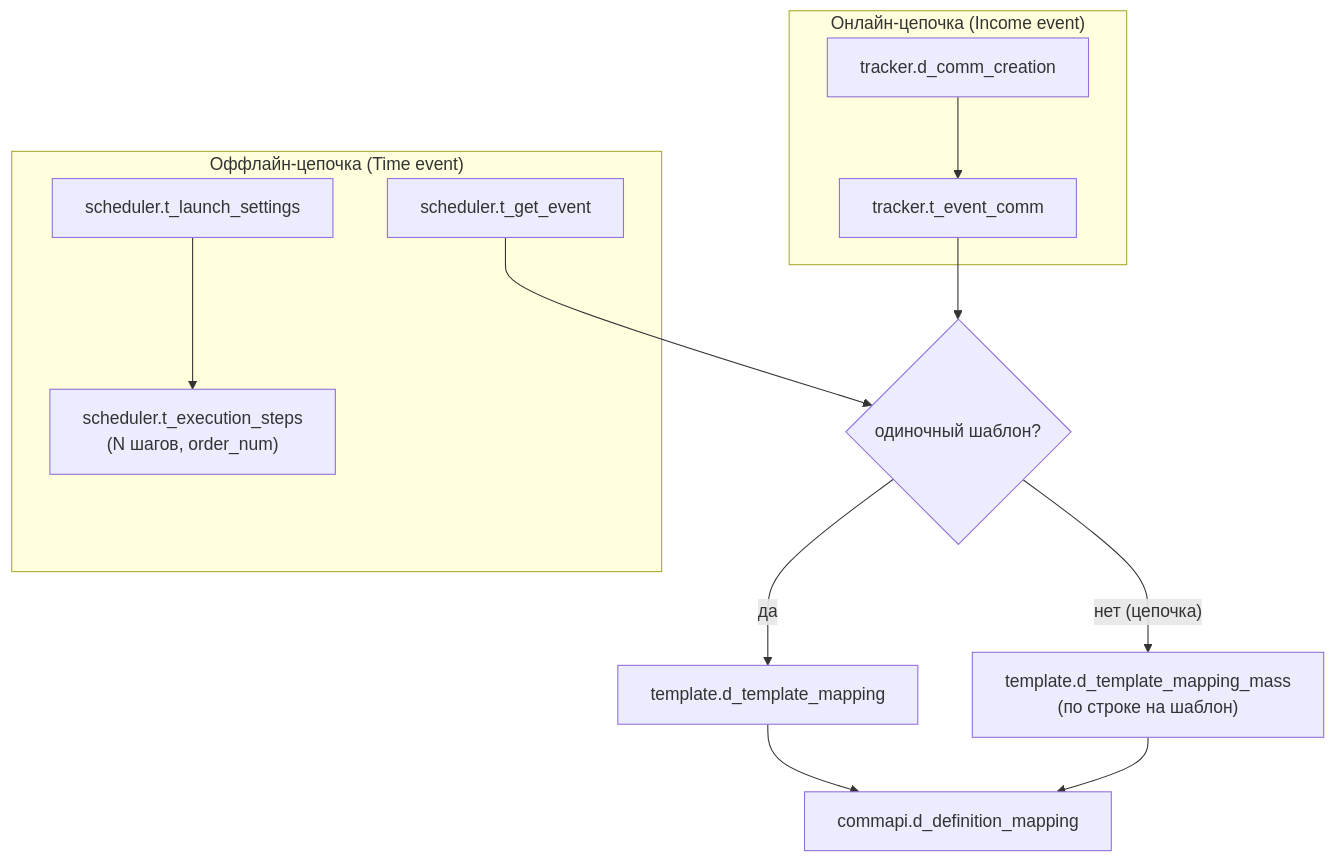
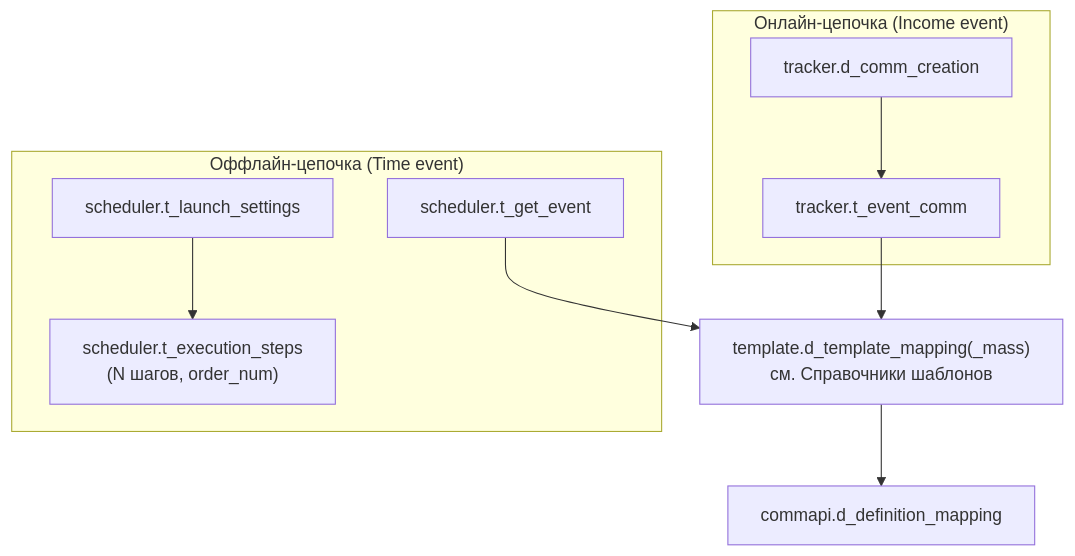
The diagram in crm-admin/docs/Database/Слой B (процессные таблицы).md (AlexRaisky/crm.banki.ru), drawn with Mermaid before and after one commit. The commit also changed other lines of this file and 27 other files, not shown here.

````diff
--- a/crm-admin/docs/Database/Слой B (процессные таблицы).md
+++ b/crm-admin/docs/Database/Слой B (процессные таблицы).md
@@ -18,16 +21,13 @@
 ```mermaid
 flowchart TD
     subgraph online["Онлайн-цепочка (Income event)"]
         DCC[tracker.d_comm_creation] --> TEC[tracker.t_event_comm]
     end
     subgraph offline["Оффлайн-цепочка (Time event)"]
         TGE[scheduler.t_get_event]
         TLS[scheduler.t_launch_settings] --> TES["scheduler.t_execution_steps<br/>(N шагов, order_num)"]
     end
-    TEC --> MAP{"одиночный шаблон?"}
+    TEC --> MAP["template.d_template_mapping(_mass)<br/>см. Справочники шаблонов"]
     TGE --> MAP
-    MAP -->|да| DTM[template.d_template_mapping]
-    MAP -->|"нет (цепочка)"| DTMM["template.d_template_mapping_mass<br/>(по строке на шаблон)"]
-    DTM --> DDM[commapi.d_definition_mapping]
-    DTMM --> DDM
+    MAP --> DDM[commapi.d_definition_mapping]
 ```
````
